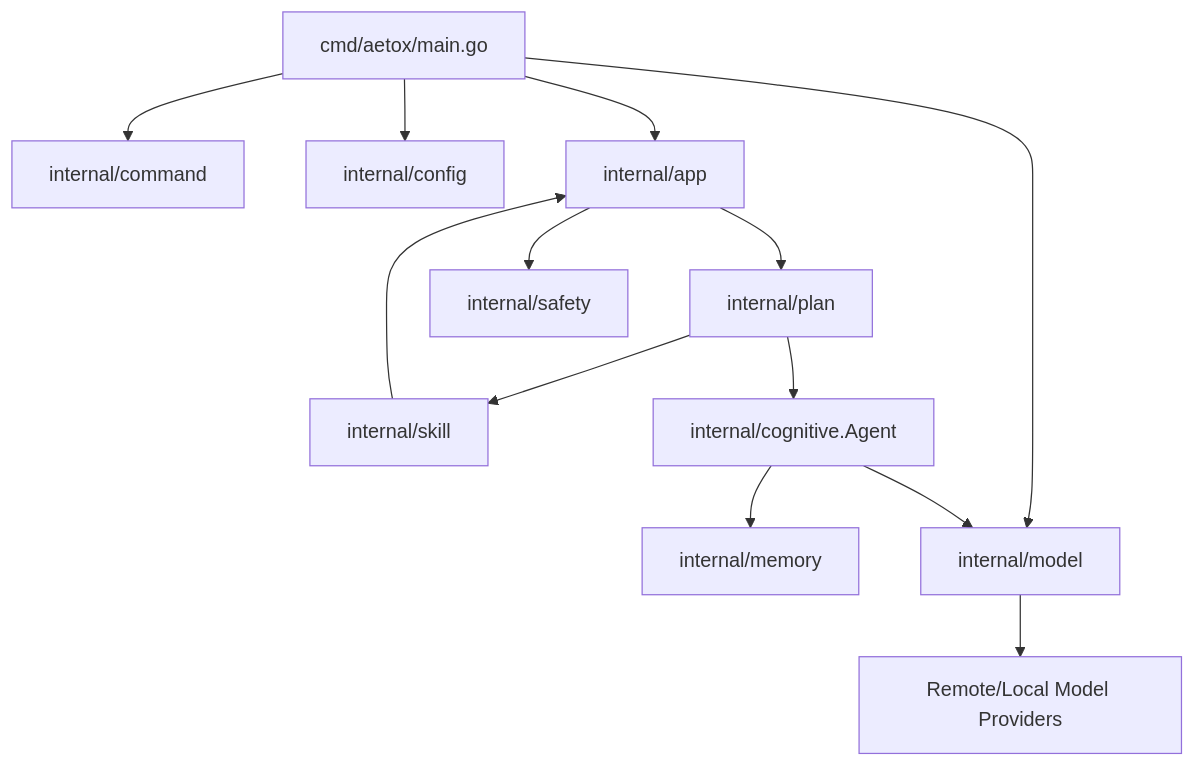
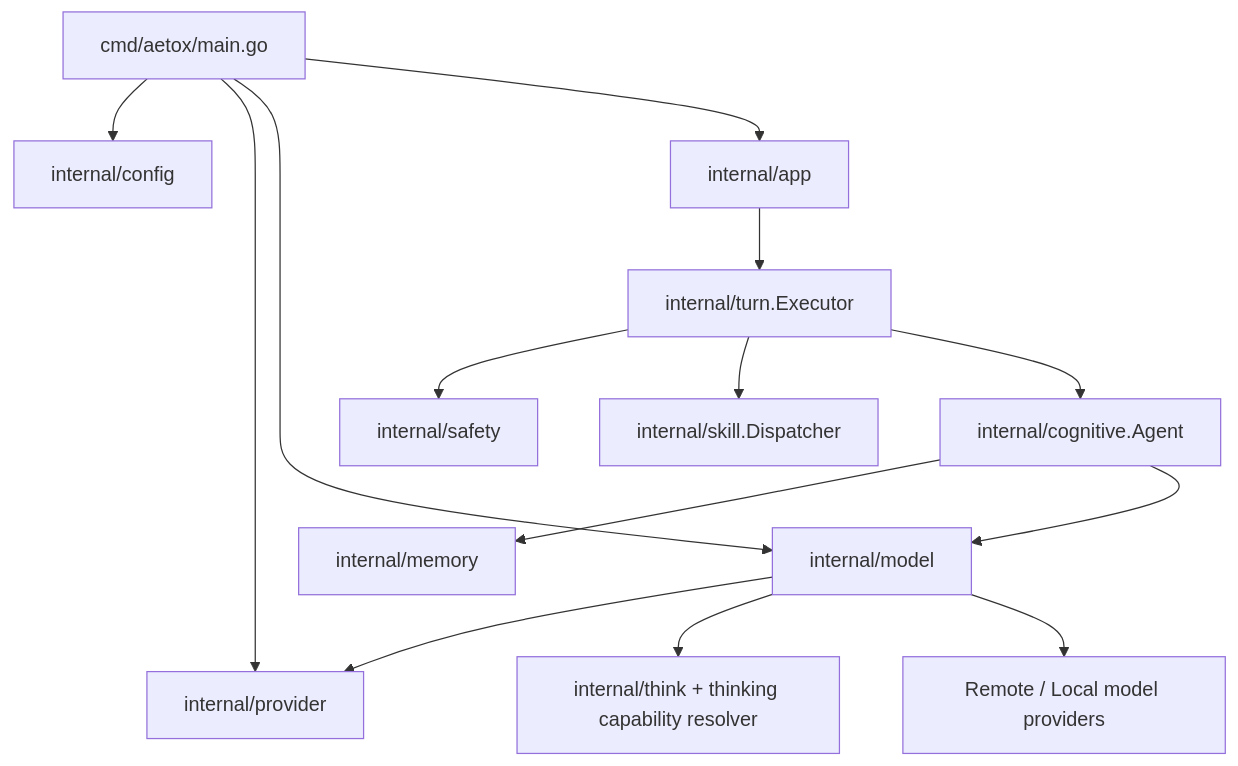
Before and after one commit to Mikedev115/Aetox: the first of 2 diagrams in docs/architecture-review-aetox-cli.md, drawn with Mermaid. The commit also changed other lines of this file and 1 other file, not shown here.

Commit message:
docs: create architecture review document for Aetox-cli

````diff
--- a/docs/architecture-review-aetox-cli.md
+++ b/docs/architecture-review-aetox-cli.md
@@ -71,27 +86,29 @@
 ```mermaid
 flowchart TD
     CLI["cmd/aetox/main.go"]
-    Command["internal/command"]
     Config["internal/config"]
+    ProviderCatalog["internal/provider"]
     App["internal/app"]
-    Plan["internal/plan"]
+    Turn["internal/turn.Executor"]
     Safety["internal/safety"]
-    Skill["internal/skill"]
+    Skill["internal/skill.Dispatcher"]
     Agent["internal/cognitive.Agent"]
     Memory["internal/memory"]
     Model["internal/model"]
-    External["Remote/Local Model Providers"]
+    Think["internal/think + thinking capability resolver"]
+    External["Remote / Local model providers"]
 
-    CLI --> Command
     CLI --> Config
+    CLI --> ProviderCatalog
     CLI --> Model
     CLI --> App
-    App --> Plan
-    Plan --> Skill
-    Plan --> Agent
-    App --> Safety
-    Skill --> App
+    App --> Turn
+    Turn --> Safety
+    Turn --> Skill
+    Turn --> Agent
     Agent --> Memory
     Agent --> Model
+    Model --> ProviderCatalog
+    Model --> Think
     Model --> External
 ```
````
